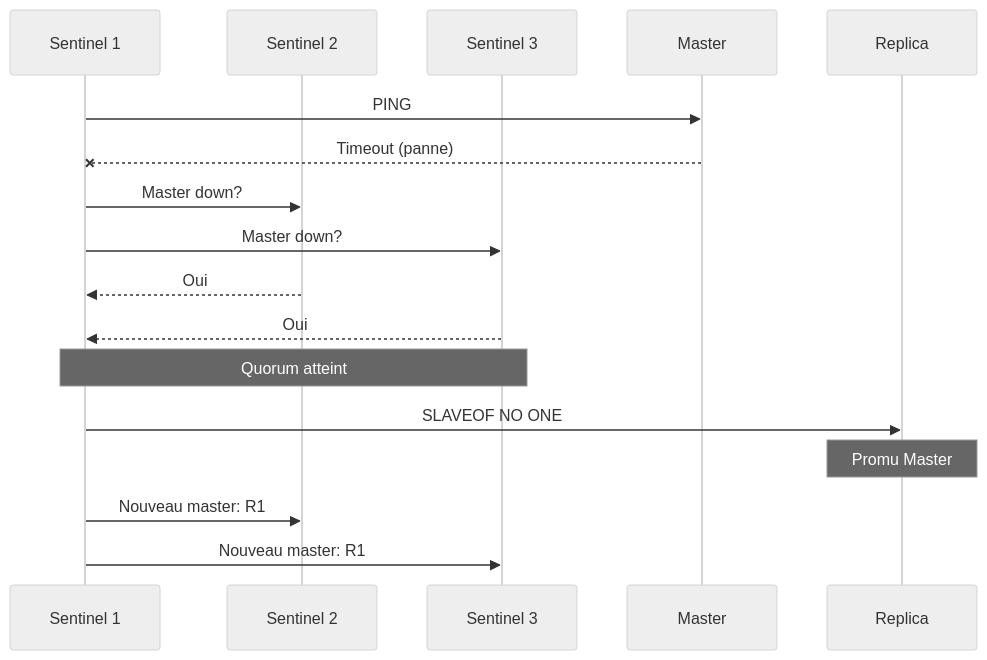
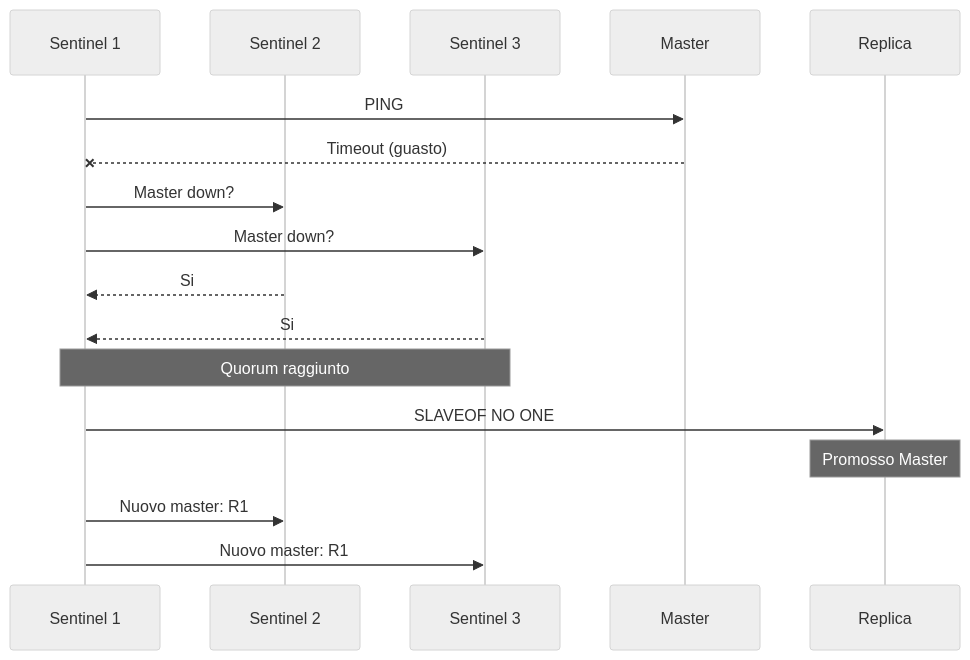
One commit to HidoraSwiss/hikube-public-doc changed the second of 2 diagrams in i18n/it/docusaurus-plugin-content-docs/current/services/databases/redis/concepts.md. Above: the diagram before and after it, drawn with Mermaid (neutral theme). The commit also changed other lines of this file and 121 other files, not shown here.

````diff
--- a/i18n/it/docusaurus-plugin-content-docs/current/services/databases/redis/concepts.md
+++ b/i18n/it/docusaurus-plugin-content-docs/current/services/databases/redis/concepts.md
@@ -86,20 +86,20 @@
 ```mermaid
 sequenceDiagram
     participant S1 as Sentinel 1
     participant S2 as Sentinel 2
     participant S3 as Sentinel 3
     participant M as Master
     participant R1 as Replica
 
     S1->>M: PING
-    M--xS1: Timeout (panne)
+    M--xS1: Timeout (guasto)
     S1->>S2: Master down?
     S1->>S3: Master down?
-    S2-->>S1: Oui
-    S3-->>S1: Oui
-    Note over S1,S3: Quorum atteint
+    S2-->>S1: Si
+    S3-->>S1: Si
+    Note over S1,S3: Quorum raggiunto
     S1->>R1: SLAVEOF NO ONE
-    Note over R1: Promu Master
-    S1->>S2: Nouveau master: R1
-    S1->>S3: Nouveau master: R1
+    Note over R1: Promosso Master
+    S1->>S2: Nuovo master: R1
+    S1->>S3: Nuovo master: R1
 ```
````
